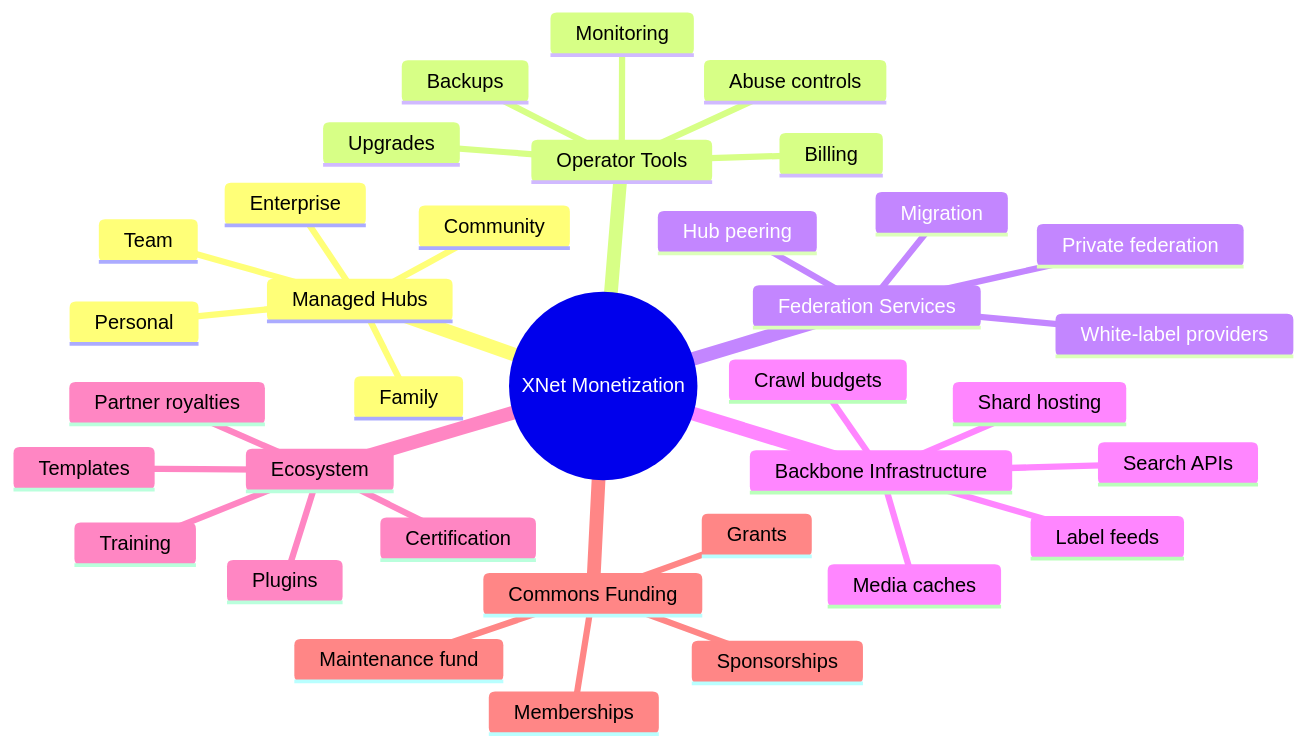
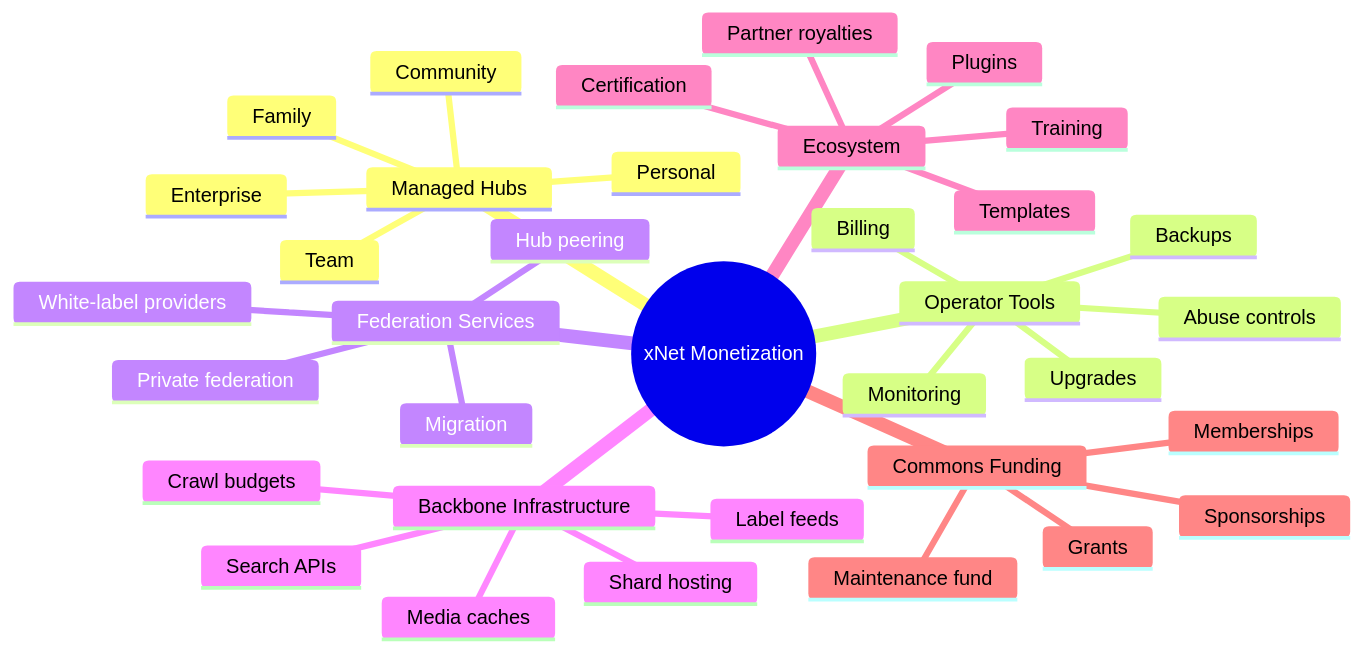
The fourth of 7 diagrams in docs/explorations/0144_[_]_POTENTIAL_MONETIZATION_ROUTES_ALIGNED_WITH_OPEN_FEDERATION.md (crs48/xNet), drawn with Mermaid before and after one commit. The commit also changed other lines of this file and 22 other files, not shown here.

````diff
--- a/docs/explorations/0144_[_]_POTENTIAL_MONETIZATION_ROUTES_ALIGNED_WITH_OPEN_FEDERATION.md
+++ b/docs/explorations/0144_[_]_POTENTIAL_MONETIZATION_ROUTES_ALIGNED_WITH_OPEN_FEDERATION.md
@@ -561,38 +561,38 @@
 ```mermaid
 mindmap
-  root((XNet Monetization))
+  root((xNet Monetization))
     Managed Hubs
       Personal
       Family
       Team
       Community
       Enterprise
     Operator Tools
       Monitoring
       Upgrades
       Backups
       Abuse controls
       Billing
     Federation Services
       White-label providers
       Hub peering
       Migration
       Private federation
     Backbone Infrastructure
       Search APIs
       Crawl budgets
       Shard hosting
       Media caches
       Label feeds
     Ecosystem
       Plugins
       Templates
       Certification
       Partner royalties
       Training
     Commons Funding
       Grants
       Sponsorships
       Memberships
       Maintenance fund
 ```
````
